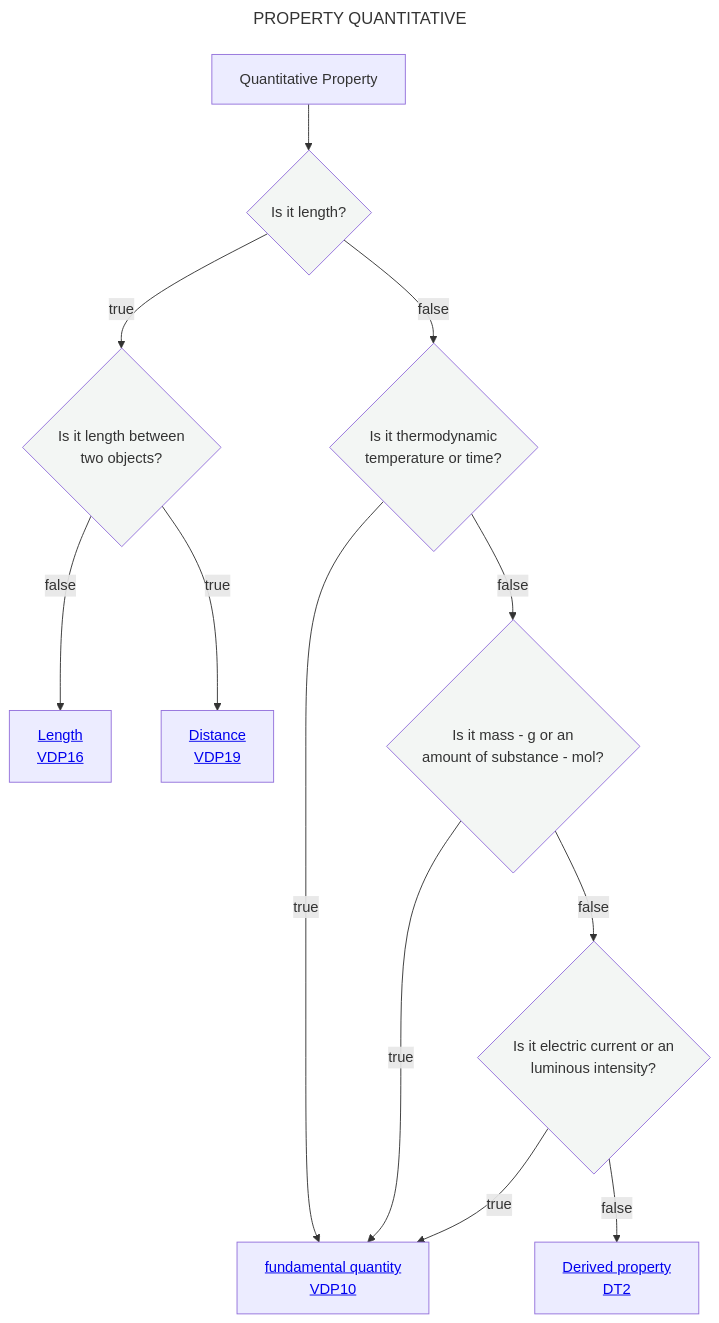
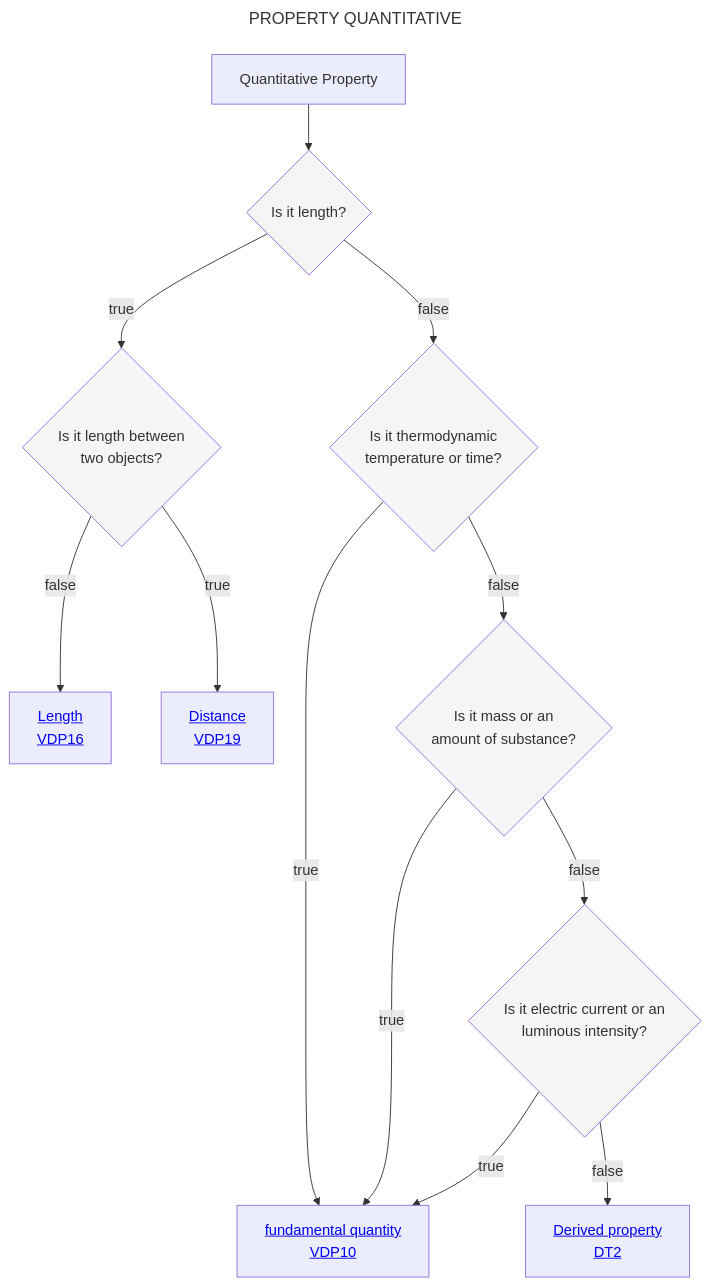
The diagram in Decisition_trees/DT1.mmd (mabablue/I-ADOPT-patterns-playground), drawn with Mermaid before and after one commit.

```diff
--- a/Decisition_trees/DT1.mmd
+++ b/Decisition_trees/DT1.mmd
@@ -1,19 +1,19 @@
 ---
 title: PROPERTY QUANTITATIVE
 ---
 flowchart TD
     A[Quantitative Property] --> C{Is it length?}:::white
     C --> |true|E{Is it length between <br> two objects?}:::white
     C --> |false|F{Is it thermodynamic <br> temperature or time?}:::white
     F --> |true|G[<a href='https://github.com/mabablue/I-ADOPT-patterns-playground/blob/main/pattern/VDP10.yaml'>fundamental quantity <br> VDP10</a>] 
-    F --> |false|H{Is it mass - g or an <br> amount of substance - mol?}:::white
+    F --> |false|H{Is it mass or an <br> amount of substance?}:::white
     H --> |true|G
     H --> |false|K{Is it electric current or an <br> luminous intensity?}:::white
     K --> |true|G
     K --> |false|M[<a href='https://github.com/mabablue/I-ADOPT-patterns-playground/blob/main/Decisition_trees/DT2.mmd'>Derived property <br> DT2</a>] 
     E --> |false|N[<a href='https://github.com/mabablue/I-ADOPT-patterns-playground/blob/main/pattern/VDP16.yaml'>Length <br> VDP16</a>] 
     E --> |true|O[<a href='https://github.com/mabablue/I-ADOPT-patterns-playground/blob/main/pattern/VDP19.yaml'>Distance <br> VDP19</a>] 
    classDef blue fill:#90D5FF
    classDef satblue fill:#57B9FF 
    classDef white fill:#f3f6f4
    classDef green fill:#6aa84f
```
